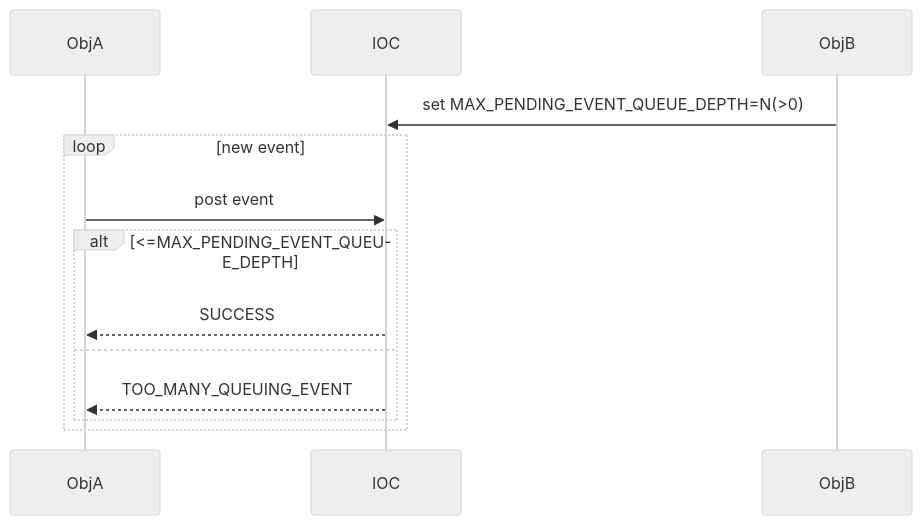
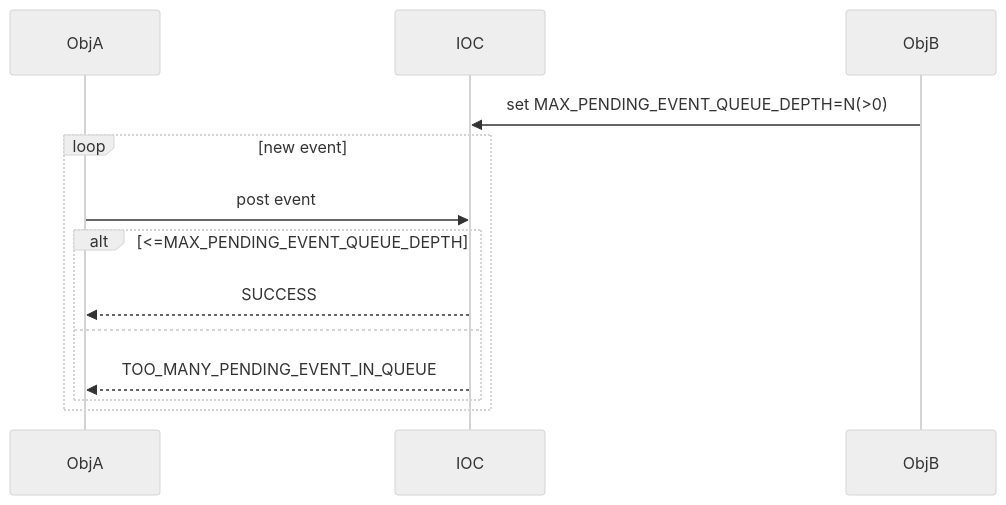
One commit to EnigmaWU/MyIOC_inTDD_withGHC changed the fifth of 8 diagrams in README_UseCase.md. Above: the diagram before and after it, drawn with Mermaid (neutral theme).

Commit message:
Refactor README_UseCase.md for improved clarity and readability

````diff
--- a/README_UseCase.md
+++ b/README_UseCase.md
@@ -89,15 +89,15 @@
 ```mermaid
 sequenceDiagram
     participant ObjA
     participant IOC
     participant ObjB
     ObjB->>IOC: set MAX_PENDING_EVENT_QUEUE_DEPTH=N(>0)
     loop new event
         ObjA->>IOC: post event
         alt <=MAX_PENDING_EVENT_QUEUE_DEPTH
             IOC-->>ObjA: SUCCESS
         else
-            IOC-->>ObjA: TOO_MANY_QUEUING_EVENT
+            IOC-->>ObjA: TOO_MANY_PENDING_EVENT_IN_QUEUE
         end
     end
 ```
````
